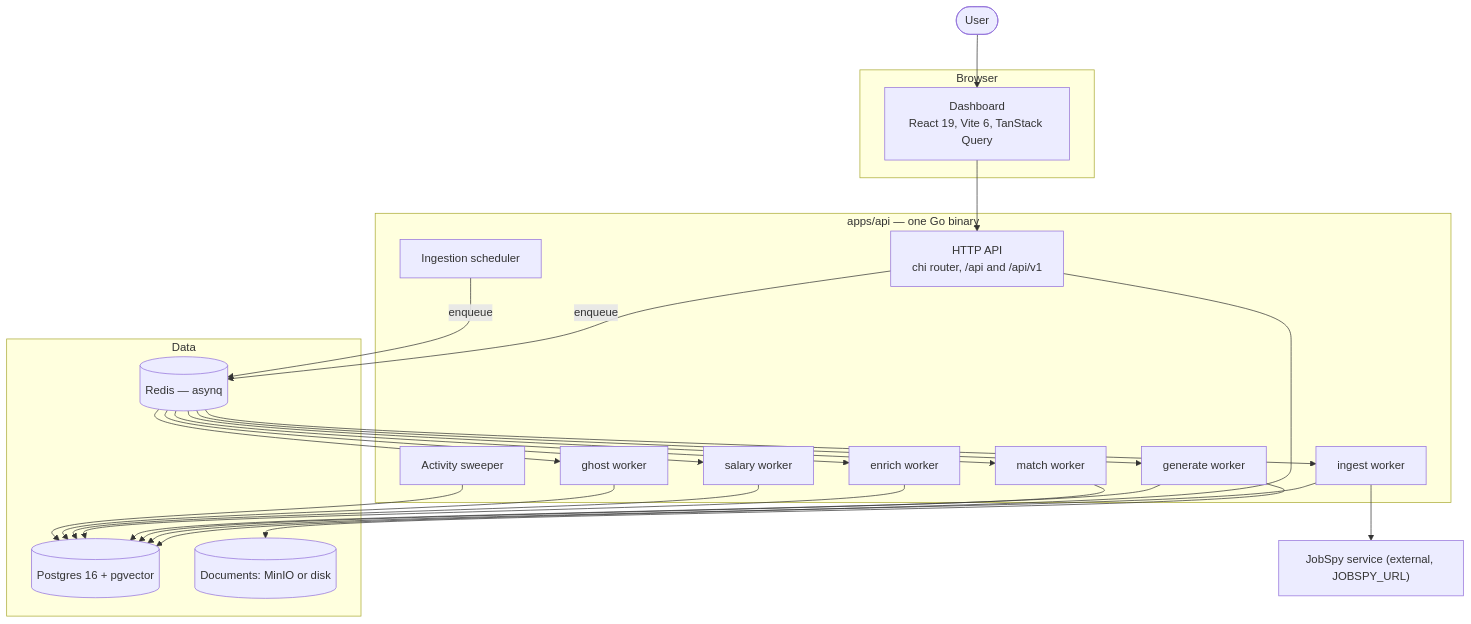
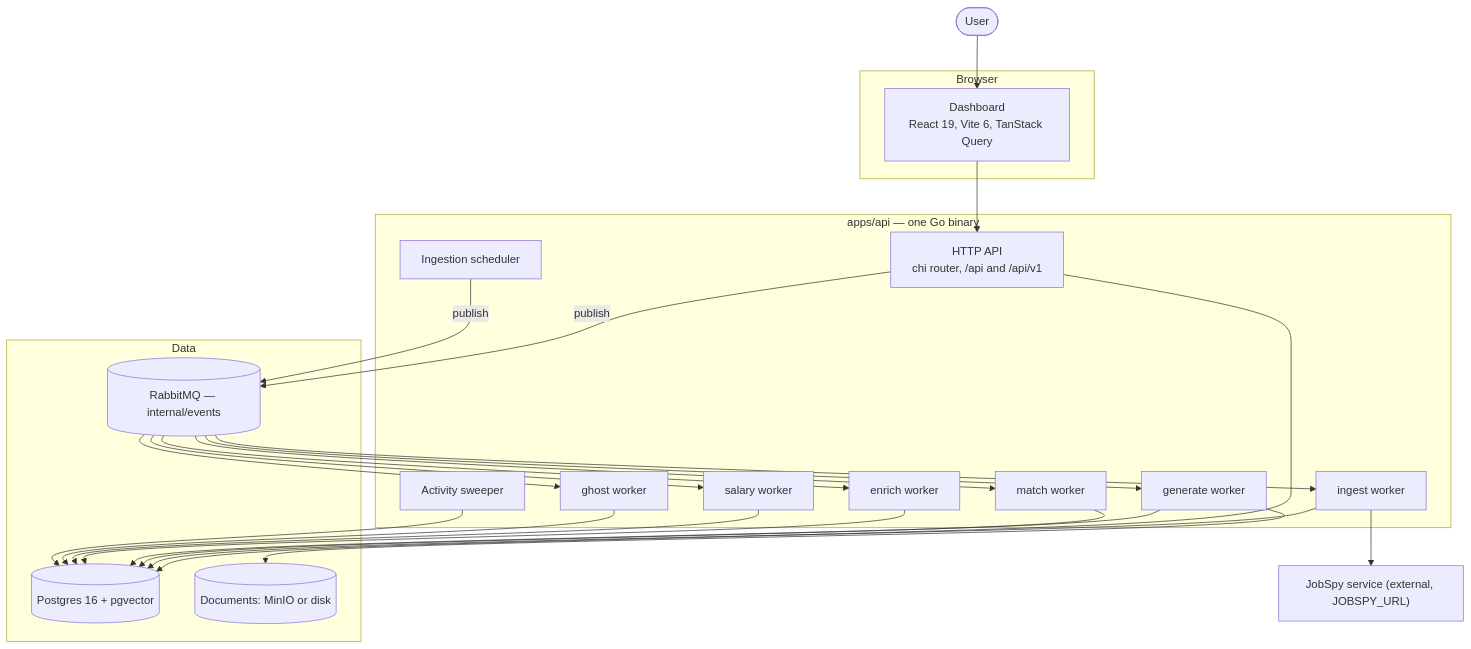
The second of 4 diagrams in docs/docs/architecture/system-overview.md (nonamecat19/job-finder), drawn with Mermaid before and after one commit. The commit also changed other lines of this file and 13 other files, not shown here.

````diff
--- a/docs/docs/architecture/system-overview.md
+++ b/docs/docs/architecture/system-overview.md
@@ -29,33 +29,33 @@
 ```mermaid
 flowchart TB
     U(["User"])
     subgraph Browser
         DASH["Dashboard<br/>React 19, Vite 6, TanStack Query"]
     end
     subgraph Process["apps/api — one Go binary"]
         HTTP["HTTP API<br/>chi router, /api and /api/v1"]
         W1["ingest worker"]
         W2["match worker"]
         W3["generate worker"]
         W4["enrich worker"]
         W5["salary worker"]
         W6["ghost worker"]
         SCHED["Ingestion scheduler"]
         SWEEP["Activity sweeper"]
     end
     subgraph Data
         PG[("Postgres 16 + pgvector")]
-        RD[("Redis — asynq")]
+        RMQ[("RabbitMQ — internal/events")]
         FS[("Documents: MinIO or disk")]
     end
     SIDE["JobSpy service (external, JOBSPY_URL)"]
     U --> DASH --> HTTP
     HTTP --> PG
-    HTTP -->|enqueue| RD
-    SCHED -->|enqueue| RD
-    RD --> W1 & W2 & W3 & W4 & W5 & W6
+    HTTP -->|publish| RMQ
+    SCHED -->|publish| RMQ
+    RMQ --> W1 & W2 & W3 & W4 & W5 & W6
     W1 --> SIDE
     W1 & W2 & W3 & W4 & W5 & W6 --> PG
     W3 --> FS
     SWEEP --> PG
 ```
````
